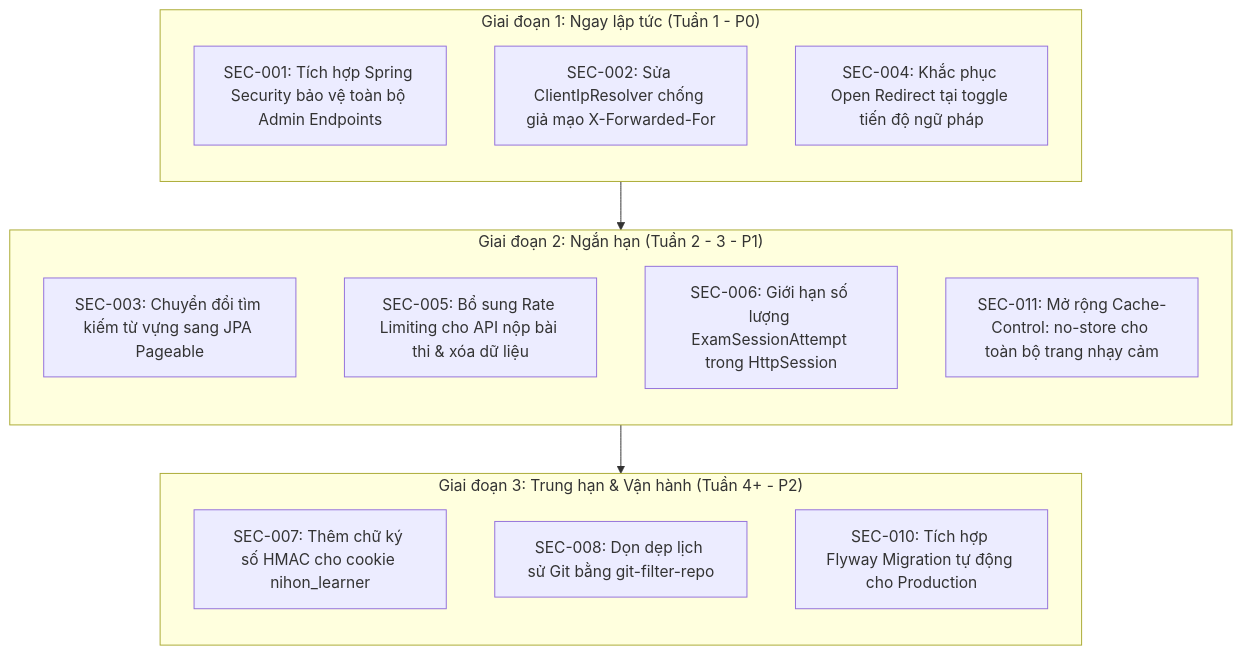
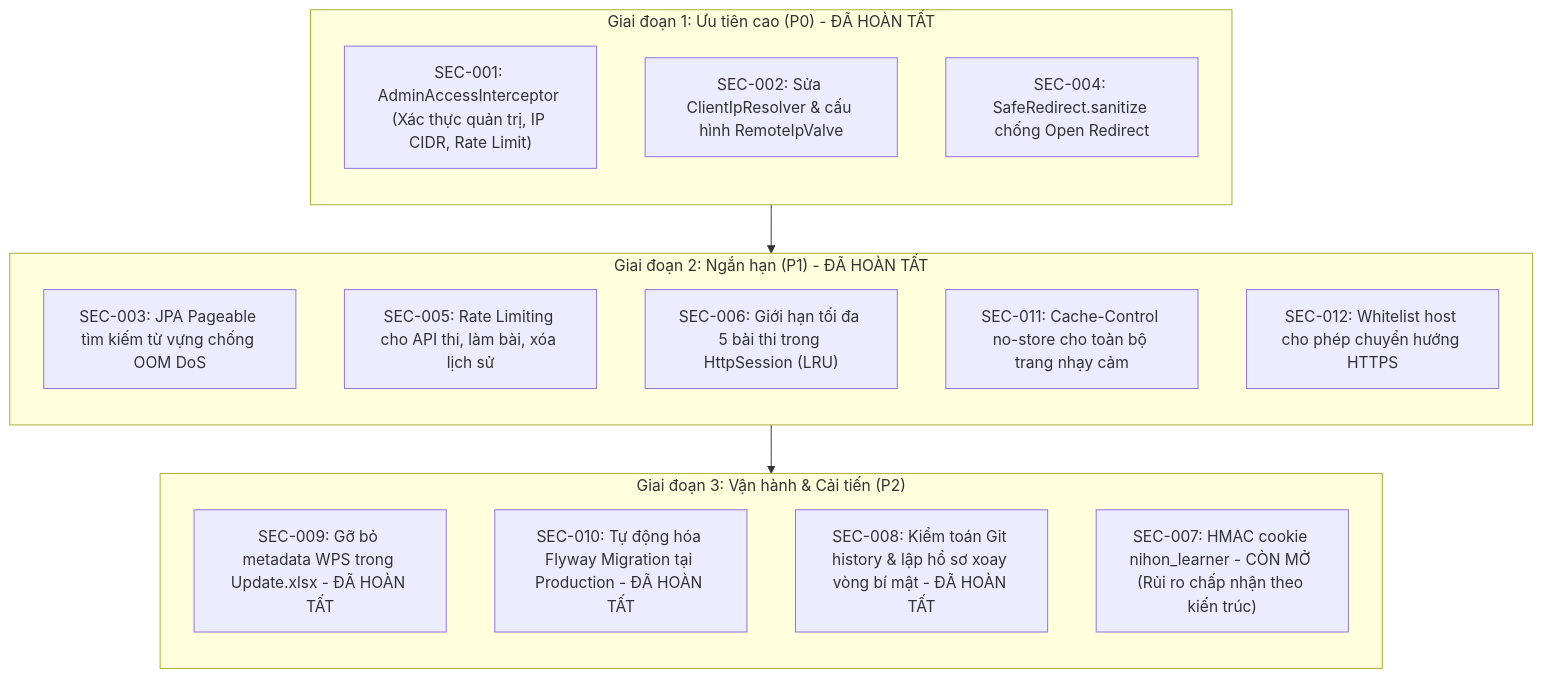
One commit to adjkijj/project-nihon changed the diagram in docs/SECURITY_AUDIT_REPORT.md. Above: the diagram before and after it, drawn with Mermaid. The commit also changed other lines of this file, not shown here.

Commit message:
docs(security): update audit report with remediation status, test verifications and dependency check notes

````diff
--- a/docs/SECURITY_AUDIT_REPORT.md
+++ b/docs/SECURITY_AUDIT_REPORT.md
@@ -483,27 +394,29 @@
 ```mermaid
 flowchart TD
-    subgraph P0["Giai đoạn 1: Ngay lập tức (Tuần 1 - P0)"]
+    subgraph P0["Giai đoạn 1: Ưu tiên cao (P0) - ĐÃ HOÀN TẤT"]
         direction TB
-        F1["SEC-001: Tích hợp Spring Security bảo vệ toàn bộ Admin Endpoints"]
-        F2["SEC-002: Sửa ClientIpResolver chống giả mạo X-Forwarded-For"]
-        F3["SEC-004: Khắc phục Open Redirect tại toggle tiến độ ngữ pháp"]
+        F1["SEC-001: AdminAccessInterceptor (Xác thực quản trị, IP CIDR, Rate Limit)"]
+        F2["SEC-002: Sửa ClientIpResolver & cấu hình RemoteIpValve"]
+        F3["SEC-004: SafeRedirect.sanitize chống Open Redirect"]
     end
 
-    subgraph P1["Giai đoạn 2: Ngắn hạn (Tuần 2 - 3 - P1)"]
+    subgraph P1["Giai đoạn 2: Ngắn hạn (P1) - ĐÃ HOÀN TẤT"]
         direction TB
-        F4["SEC-003: Chuyển đổi tìm kiếm từ vựng sang JPA Pageable"]
-        F5["SEC-005: Bổ sung Rate Limiting cho API nộp bài thi & xóa dữ liệu"]
-        F6["SEC-006: Giới hạn số lượng ExamSessionAttempt trong HttpSession"]
-        F7["SEC-011: Mở rộng Cache-Control: no-store cho toàn bộ trang nhạy cảm"]
+        F4["SEC-003: JPA Pageable tìm kiếm từ vựng chống OOM DoS"]
+        F5["SEC-005: Rate Limiting cho API thi, làm bài, xóa lịch sử"]
+        F6["SEC-006: Giới hạn tối đa 5 bài thi trong HttpSession (LRU)"]
+        F7["SEC-011: Cache-Control no-store cho toàn bộ trang nhạy cảm"]
+        F8["SEC-012: Whitelist host cho phép chuyển hướng HTTPS"]
     end
 
-    subgraph P2["Giai đoạn 3: Trung hạn & Vận hành (Tuần 4+ - P2)"]
+    subgraph P2["Giai đoạn 3: Vận hành & Cải tiến (P2)"]
         direction TB
-        F8["SEC-007: Thêm chữ ký số HMAC cho cookie nihon_learner"]
-        F9["SEC-008: Dọn dẹp lịch sử Git bằng git-filter-repo"]
-        F10["SEC-010: Tích hợp Flyway Migration tự động cho Production"]
+        F9["SEC-009: Gỡ bỏ metadata WPS trong Update.xlsx - ĐÃ HOÀN TẤT"]
+        F10["SEC-010: Tự động hóa Flyway Migration tại Production - ĐÃ HOÀN TẤT"]
+        F11["SEC-008: Kiểm toán Git history & lập hồ sơ xoay vòng bí mật - ĐÃ HOÀN TẤT"]
+        F12["SEC-007: HMAC cookie nihon_learner - CÒN MỞ (Rủi ro chấp nhận theo kiến trúc)"]
     end
 
     P0 --> P1
     P1 --> P2
 ```
````
